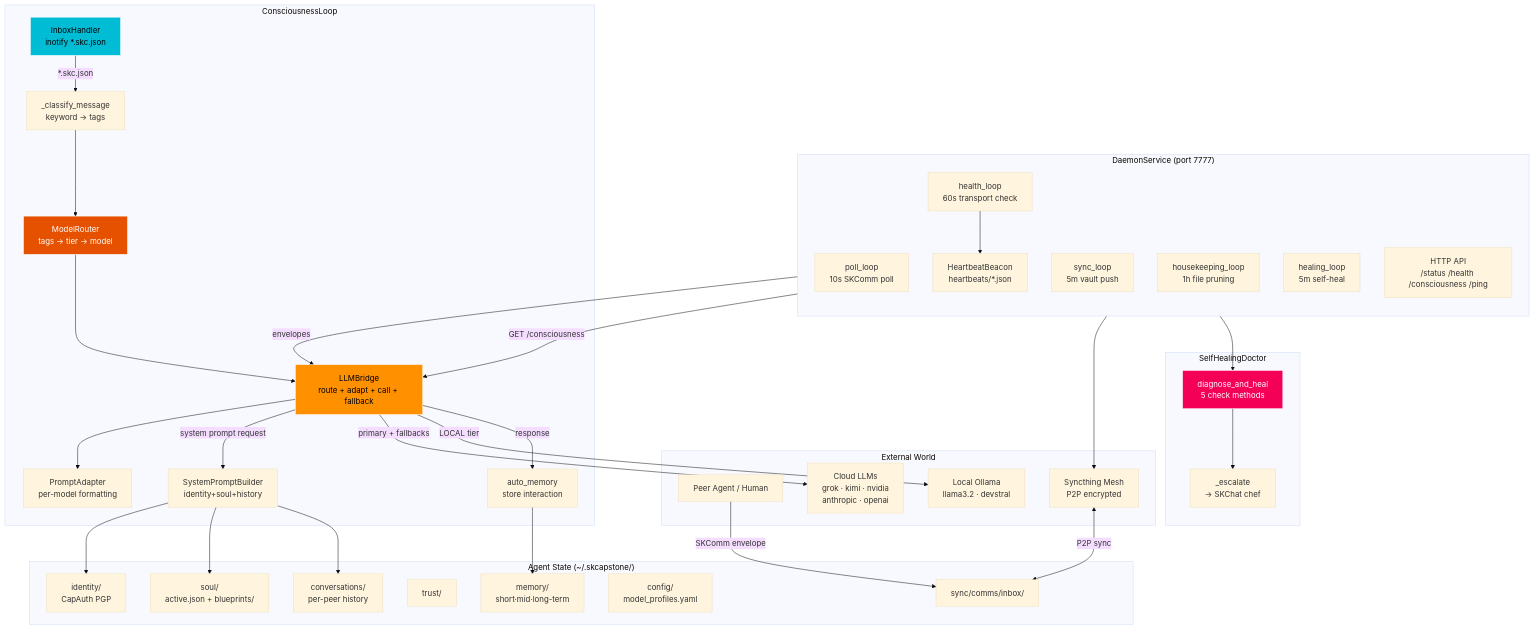
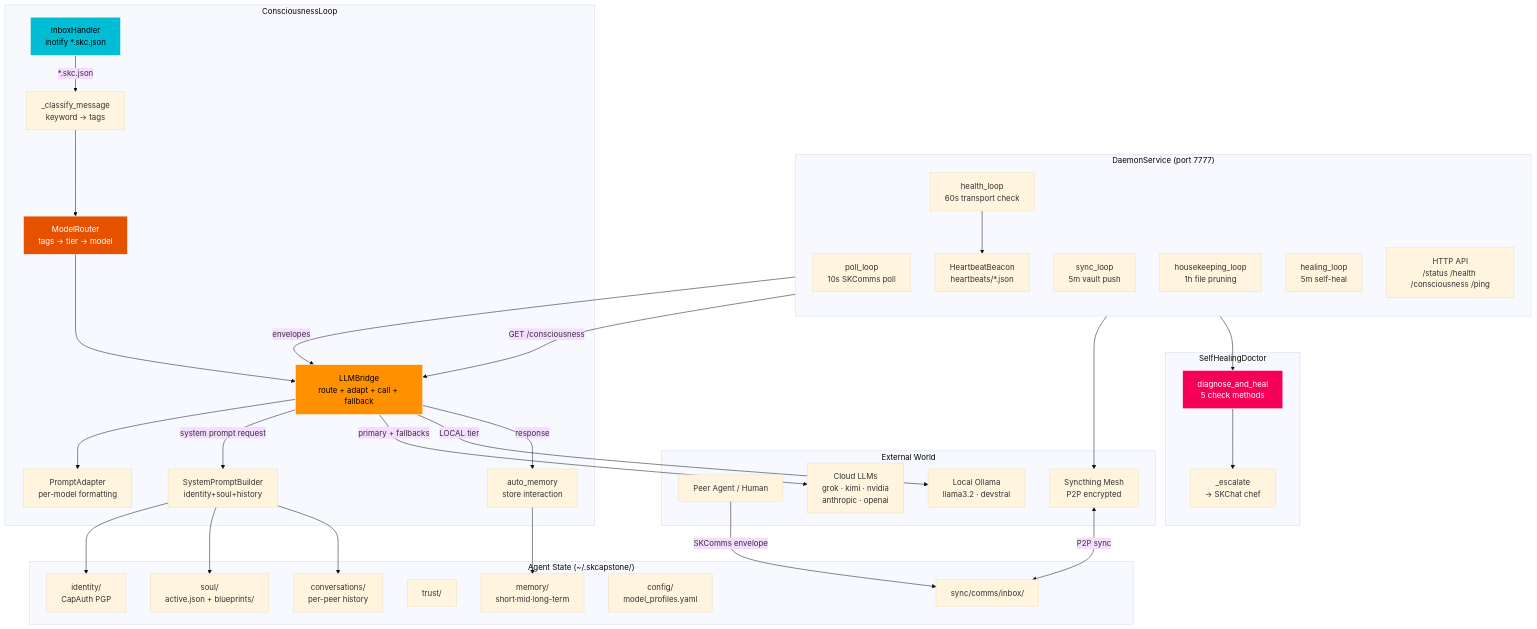
Before and after one commit to smilinTux/skcapstone: the third of 8 diagrams in docs/ARCHITECTURE.md, drawn with Mermaid (base theme). The commit also changed other lines of this file and 88 other files, not shown here.

Commit message:
refactor: migrate skcomm→skcomms (class, env, paths, dependency, skcomm_tools→skcomms_tools)

````diff
--- a/docs/ARCHITECTURE.md
+++ b/docs/ARCHITECTURE.md
@@ -149,74 +149,74 @@
 ```mermaid
 graph TB
     subgraph "External World"
         PEER[Peer Agent / Human]
         LLM_CLOUD[Cloud LLMs<br/>grok · kimi · nvidia<br/>anthropic · openai]
         LLM_LOCAL[Local Ollama<br/>llama3.2 · devstral]
         SYNCTHING[Syncthing Mesh<br/>P2P encrypted]
     end
 
     subgraph "DaemonService (port 7777)"
         direction TB
-        POLL[poll_loop<br/>10s SKComm poll]
+        POLL[poll_loop<br/>10s SKComms poll]
         HEALTH[health_loop<br/>60s transport check]
         SYNC_L[sync_loop<br/>5m vault push]
         HOUSE[housekeeping_loop<br/>1h file pruning]
         HEAL[healing_loop<br/>5m self-heal]
         API[HTTP API<br/>/status /health /consciousness /ping]
         BEACON[HeartbeatBeacon<br/>heartbeats/*.json]
     end
 
     subgraph "ConsciousnessLoop"
         INOTIFY[InboxHandler<br/>inotify *.skc.json]
         CLASSIFY[_classify_message<br/>keyword → tags]
         ROUTER[ModelRouter<br/>tags → tier → model]
         BRIDGE[LLMBridge<br/>route + adapt + call + fallback]
         PROMPT_B[SystemPromptBuilder<br/>identity+soul+history]
         ADAPTER[PromptAdapter<br/>per-model formatting]
         MEMORY_W[auto_memory<br/>store interaction]
     end
 
     subgraph "Agent State (~/.skcapstone/)"
         ID_P[identity/<br/>CapAuth PGP]
         MEM_P[memory/<br/>short·mid·long-term]
         SOUL_P[soul/<br/>active.json + blueprints/]
         TRUST_P[trust/]
         SYNC_P[sync/comms/inbox/]
         CONFIG_P[config/<br/>model_profiles.yaml]
         CONV_P[conversations/<br/>per-peer history]
     end
 
     subgraph "SelfHealingDoctor"
         CHECK[diagnose_and_heal<br/>5 check methods]
         ESCALATE[_escalate<br/>→ SKChat chef]
     end
 
-    PEER -->|SKComm envelope| SYNC_P
+    PEER -->|SKComms envelope| SYNC_P
     SYNCTHING <-->|P2P sync| SYNC_P
 
     POLL -->|envelopes| BRIDGE
     INOTIFY -->|*.skc.json| CLASSIFY
     CLASSIFY --> ROUTER
     ROUTER --> BRIDGE
     BRIDGE --> ADAPTER
     BRIDGE -->|system prompt request| PROMPT_B
     PROMPT_B --> ID_P
     PROMPT_B --> SOUL_P
     PROMPT_B --> CONV_P
     BRIDGE -->|primary + fallbacks| LLM_CLOUD
     BRIDGE -->|LOCAL tier| LLM_LOCAL
     BRIDGE -->|response| MEMORY_W
     MEMORY_W --> MEM_P
 
     HEALTH --> BEACON
     SYNC_L --> SYNCTHING
     HEAL --> CHECK
     CHECK --> ESCALATE
 
     API -->|GET /consciousness| BRIDGE
 
     style BRIDGE fill:#ff9100,stroke:#fff,color:#000
     style ROUTER fill:#e65100,stroke:#fff,color:#fff
     style INOTIFY fill:#00bcd4,stroke:#fff,color:#000
     style CHECK fill:#f50057,stroke:#fff,color:#fff
 ```
````
